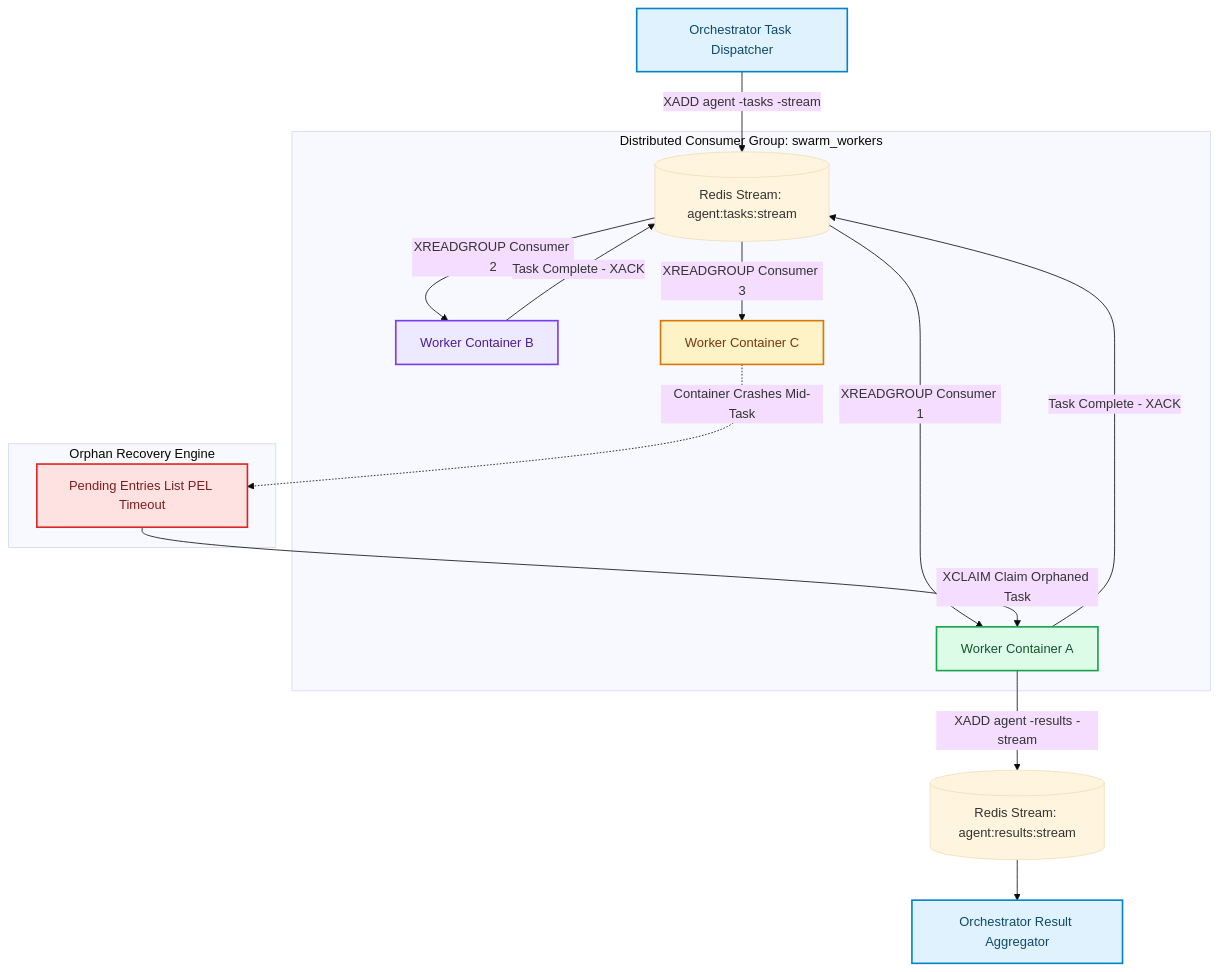
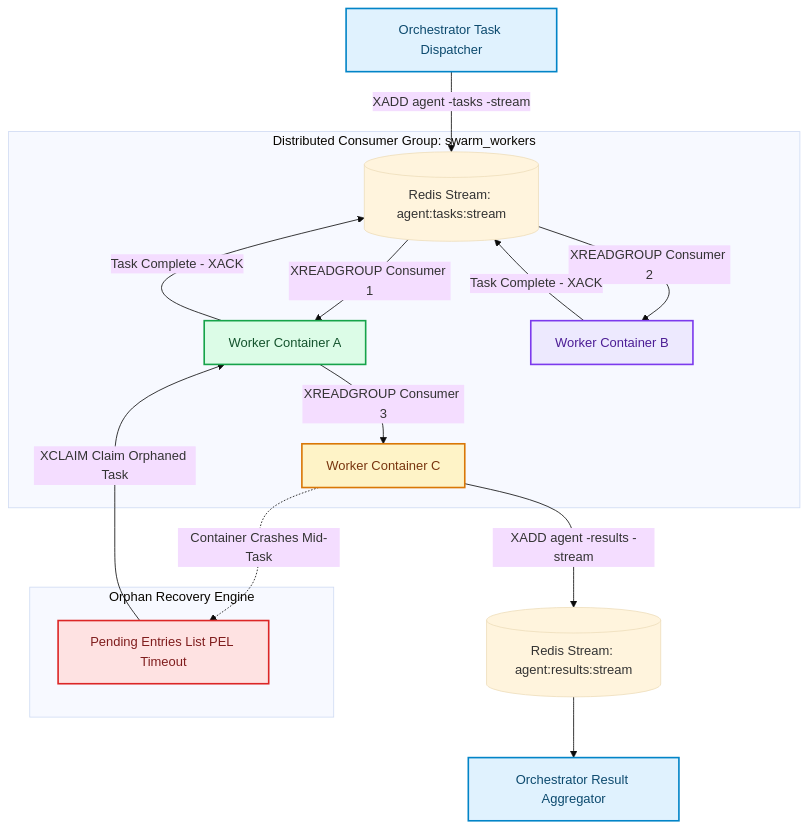
One commit to akmalkhaniub/akmalkhaniub.github.io changed the diagram in blog/posts/scaling-event-driven-subagent-swarms-redis-streams.md. Above: the diagram before and after it, drawn with Mermaid (base theme). The commit also changed other lines of this file and 894 other files, not shown here.

Commit message:
feat(blog): upgrade all 444 posts with unique staggered dates, 2-col Mermaid spines, benchmark tables, code blocks, and trade-offs

````diff
--- a/blog/posts/scaling-event-driven-subagent-swarms-redis-streams.md
+++ b/blog/posts/scaling-event-driven-subagent-swarms-redis-streams.md
@@ -17,32 +17,32 @@
 ```mermaid
 flowchart TD
   A["Orchestrator Task Dispatcher"] -->|XADD agent -tasks -stream| B[(Redis Stream: agent:tasks:stream)]
   
   subgraph SG1_DistributedConsumerGroup ["Distributed Consumer Group: swarm_workers"]
     B -->|XREADGROUP Consumer 1| C["Worker Container A"]
     B -->|XREADGROUP Consumer 2| D["Worker Container B"]
-    B -->|XREADGROUP Consumer 3| E["Worker Container C"]
+    C --> |XREADGROUP Consumer 3| E["Worker Container C"]
   end
   
   C -->|Task Complete - XACK| B
   D -->|Task Complete - XACK| B
   
   subgraph SG2_OrphanRecoveryEngine ["Orphan Recovery Engine"]
     E -.->|Container Crashes Mid-Task| F["Pending Entries List PEL Timeout"]
     F -->|XCLAIM Claim Orphaned Task| C
   end
   
-  C -->|XADD agent -results -stream| G[(Redis Stream: agent:results:stream)]
+  E --> |XADD agent -results -stream| G[(Redis Stream: agent:results:stream)]
   G --> H["Orchestrator Result Aggregator"]
 
 classDef green fill:#dcfce7,stroke:#16a34a,stroke-width:2px,color:#14532d;
 classDef red fill:#fee2e2,stroke:#dc2626,stroke-width:2px,color:#7f1d1d;
 classDef blue fill:#e0f2fe,stroke:#0284c7,stroke-width:2px,color:#0c4a6e;
 classDef yellow fill:#fef3c7,stroke:#d97706,stroke-width:2px,color:#78350f;
 classDef purple fill:#ede9fe,stroke:#7c3aed,stroke-width:2px,color:#4c1d95;
 class A,H blue
 class C green
 class D purple
 class E yellow
 class F red
 ```
````
